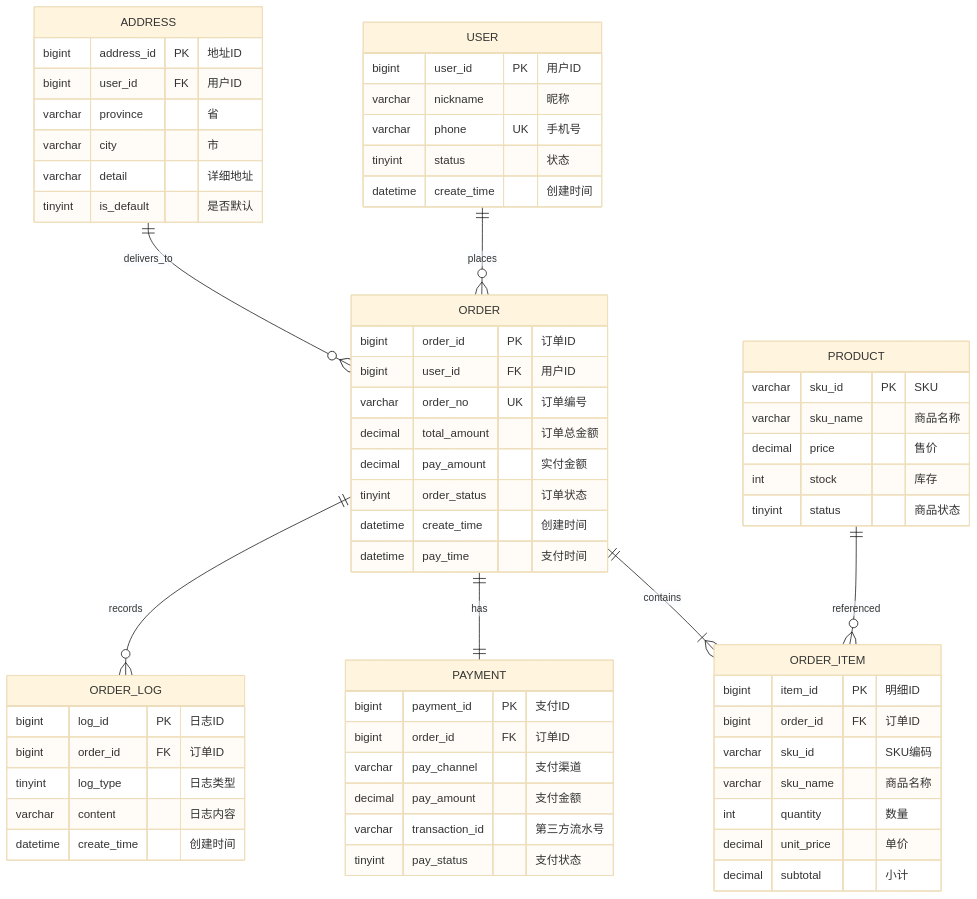
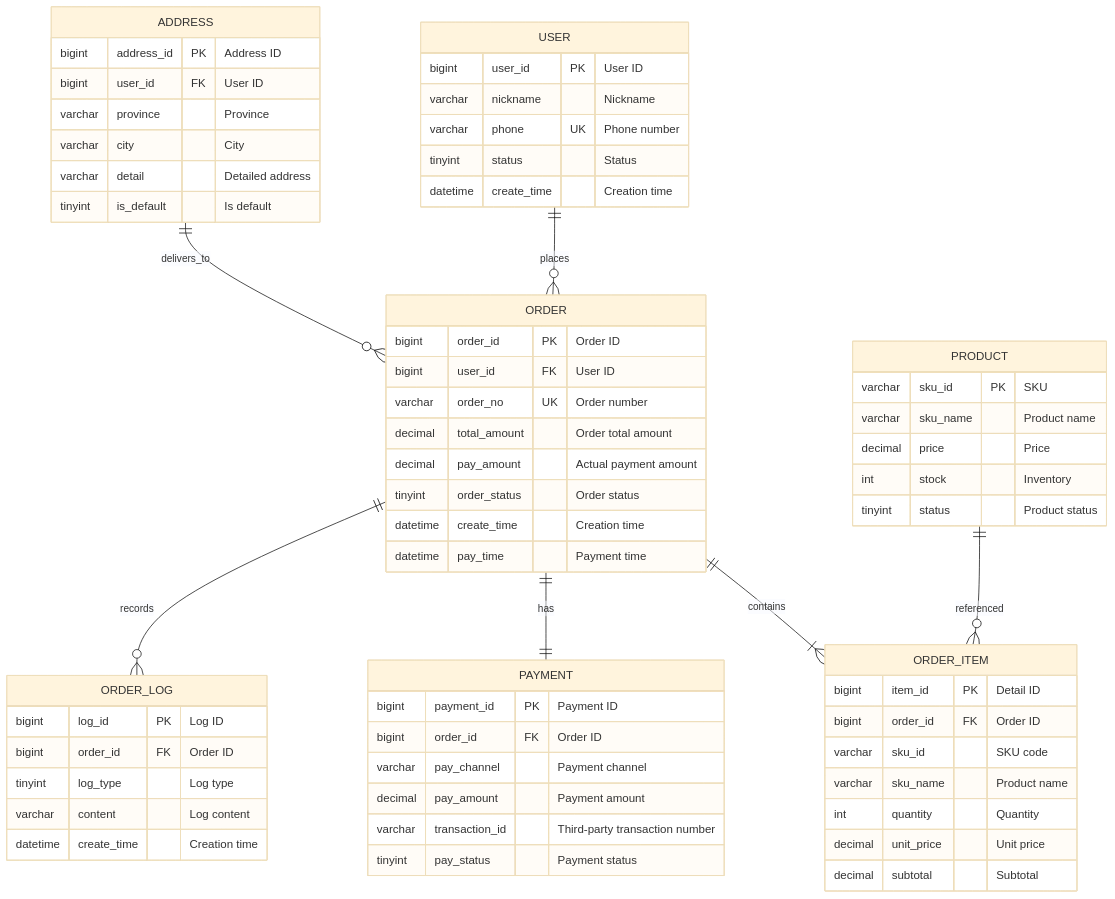
The third of 11 diagrams in templates/产品/技术层/【模板】数据库设计文档规范.md (Kirky-X/cangjie), drawn with Mermaid (base theme) before and after one commit. The commit also changed other lines of this file and 60 other files, not shown here.

````diff
--- a/templates/产品/技术层/【模板】数据库设计文档规范.md
+++ b/templates/产品/技术层/【模板】数据库设计文档规范.md
@@ -194,71 +194,71 @@
 ```mermaid
 erDiagram
     USER ||--o{ ORDER : places
     USER {
-        bigint user_id PK "用户ID"
-        varchar nickname "昵称"
-        varchar phone UK "手机号"
-        tinyint status "状态"
-        datetime create_time "创建时间"
+        bigint user_id PK "User ID"
+        varchar nickname "Nickname"
+        varchar phone UK "Phone number"
+        tinyint status "Status"
+        datetime create_time "Creation time"
     }
 
     ORDER ||--|{ ORDER_ITEM : contains
     ORDER {
-        bigint order_id PK "订单ID"
-        bigint user_id FK "用户ID"
-        varchar order_no UK "订单编号"
-        decimal total_amount "订单总金额"
-        decimal pay_amount "实付金额"
-        tinyint order_status "订单状态"
-        datetime create_time "创建时间"
-        datetime pay_time "支付时间"
+        bigint order_id PK "Order ID"
+        bigint user_id FK "User ID"
+        varchar order_no UK "Order number"
+        decimal total_amount "Order total amount"
+        decimal pay_amount "Actual payment amount"
+        tinyint order_status "Order status"
+        datetime create_time "Creation time"
+        datetime pay_time "Payment time"
     }
 
     ORDER_ITEM {
-        bigint item_id PK "明细ID"
-        bigint order_id FK "订单ID"
-        varchar sku_id "SKU编码"
-        varchar sku_name "商品名称"
-        int quantity "数量"
-        decimal unit_price "单价"
-        decimal subtotal "小计"
+        bigint item_id PK "Detail ID"
+        bigint order_id FK "Order ID"
+        varchar sku_id "SKU code"
+        varchar sku_name "Product name"
+        int quantity "Quantity"
+        decimal unit_price "Unit price"
+        decimal subtotal "Subtotal"
     }
 
     PRODUCT ||--o{ ORDER_ITEM : referenced
     PRODUCT {
         varchar sku_id PK "SKU"
-        varchar sku_name "商品名称"
-        decimal price "售价"
-        int stock "库存"
-        tinyint status "商品状态"
+        varchar sku_name "Product name"
+        decimal price "Price"
+        int stock "Inventory"
+        tinyint status "Product status"
     }
 
     ADDRESS ||--o{ ORDER : delivers_to
     ADDRESS {
-        bigint address_id PK "地址ID"
-        bigint user_id FK "用户ID"
-        varchar province "省"
-        varchar city "市"
-        varchar detail "详细地址"
-        tinyint is_default "是否默认"
+        bigint address_id PK "Address ID"
+        bigint user_id FK "User ID"
+        varchar province "Province"
+        varchar city "City"
+        varchar detail "Detailed address"
+        tinyint is_default "Is default"
     }
 
     ORDER ||--|| PAYMENT : has
     PAYMENT {
-        bigint payment_id PK "支付ID"
-        bigint order_id FK "订单ID"
-        varchar pay_channel "支付渠道"
-        decimal pay_amount "支付金额"
-        varchar transaction_id "第三方流水号"
-        tinyint pay_status "支付状态"
+        bigint payment_id PK "Payment ID"
+        bigint order_id FK "Order ID"
+        varchar pay_channel "Payment channel"
+        decimal pay_amount "Payment amount"
+        varchar transaction_id "Third-party transaction number"
+        tinyint pay_status "Payment status"
     }
 
     ORDER ||--o{ ORDER_LOG : records
     ORDER_LOG {
-        bigint log_id PK "日志ID"
-        bigint order_id FK "订单ID"
-        tinyint log_type "日志类型"
-        varchar content "日志内容"
-        datetime create_time "创建时间"
+        bigint log_id PK "Log ID"
+        bigint order_id FK "Order ID"
+        tinyint log_type "Log type"
+        varchar content "Log content"
+        datetime create_time "Creation time"
     }
 ```
````
